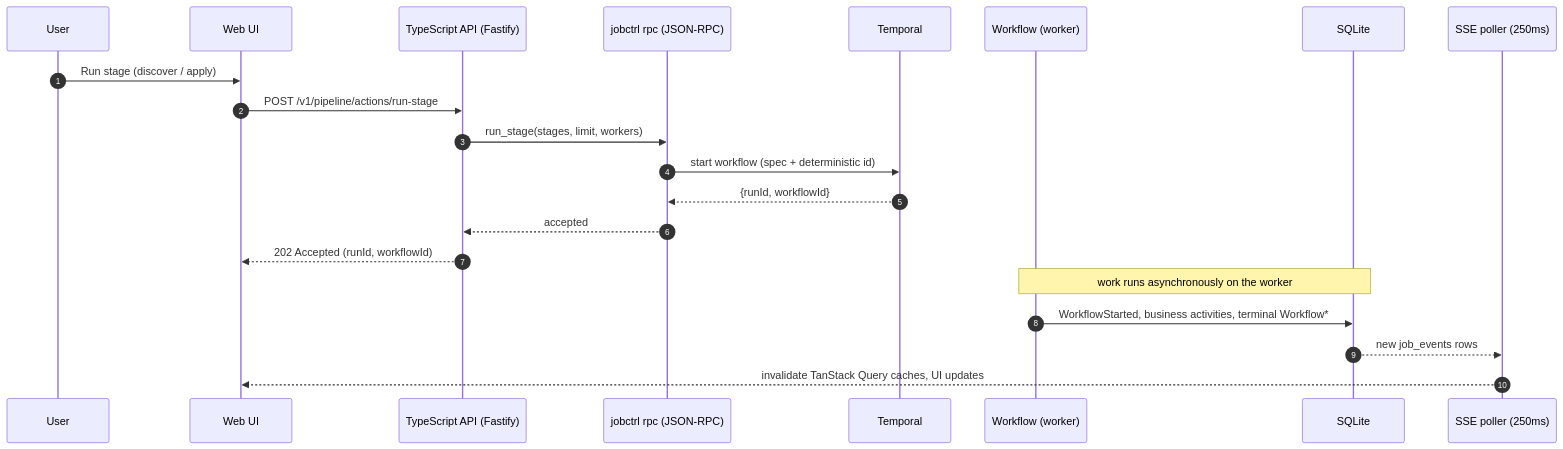
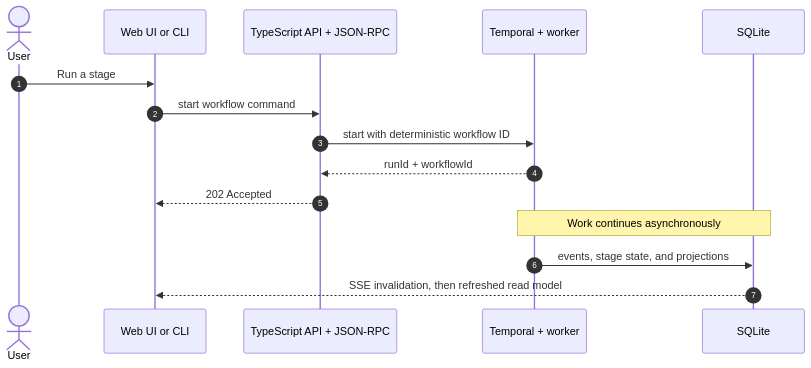
The diagram in docs/architecture/pipeline/index.md (ebarti/JobCtrl), drawn with Mermaid before and after one commit. The commit also changed 46 other files, not shown here.

````diff
--- a/docs/architecture/pipeline/index.md
+++ b/docs/architecture/pipeline/index.md
@@ -127,24 +127,18 @@
 ```mermaid
 sequenceDiagram
     autonumber
-    participant User
-    participant Web as Web UI
-    participant Api as TypeScript API (Fastify)
-    participant Rpc as jobctrl rpc (JSON-RPC)
-    participant T as Temporal
-    participant WF as Workflow (worker)
+    actor User
+    participant Client as Web UI or CLI
+    participant Api as TypeScript API + JSON-RPC
+    participant T as Temporal + worker
     participant DB as SQLite
-    participant SSE as SSE poller (250ms)
 
-    User->>Web: Run stage (discover / apply)
-    Web->>Api: POST /v1/pipeline/actions/run-stage
-    Api->>Rpc: run_stage(stages, limit, workers)
-    Rpc->>T: start workflow (spec + deterministic id)
-    T-->>Rpc: {runId, workflowId}
-    Rpc-->>Api: accepted
-    Api-->>Web: 202 Accepted (runId, workflowId)
-    Note over WF,DB: work runs asynchronously on the worker
-    WF->>DB: WorkflowStarted, business activities, terminal Workflow*
-    DB-->>SSE: new job_events rows
-    SSE-->>Web: invalidate TanStack Query caches, UI updates
+    User->>Client: Run a stage
+    Client->>Api: start workflow command
+    Api->>T: start with deterministic workflow ID
+    T-->>Api: runId + workflowId
+    Api-->>Client: 202 Accepted
+    Note over T,DB: Work continues asynchronously
+    T->>DB: events, stage state, and projections
+    DB-->>Client: SSE invalidation, then refreshed read model
 ```
````
